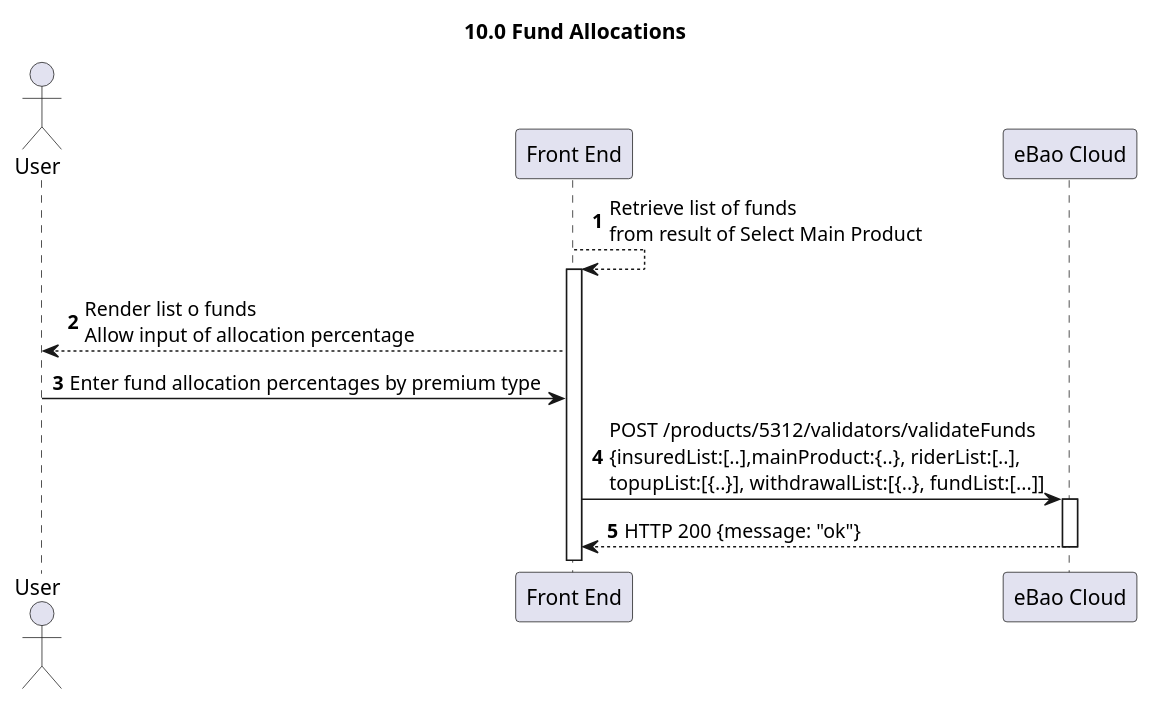
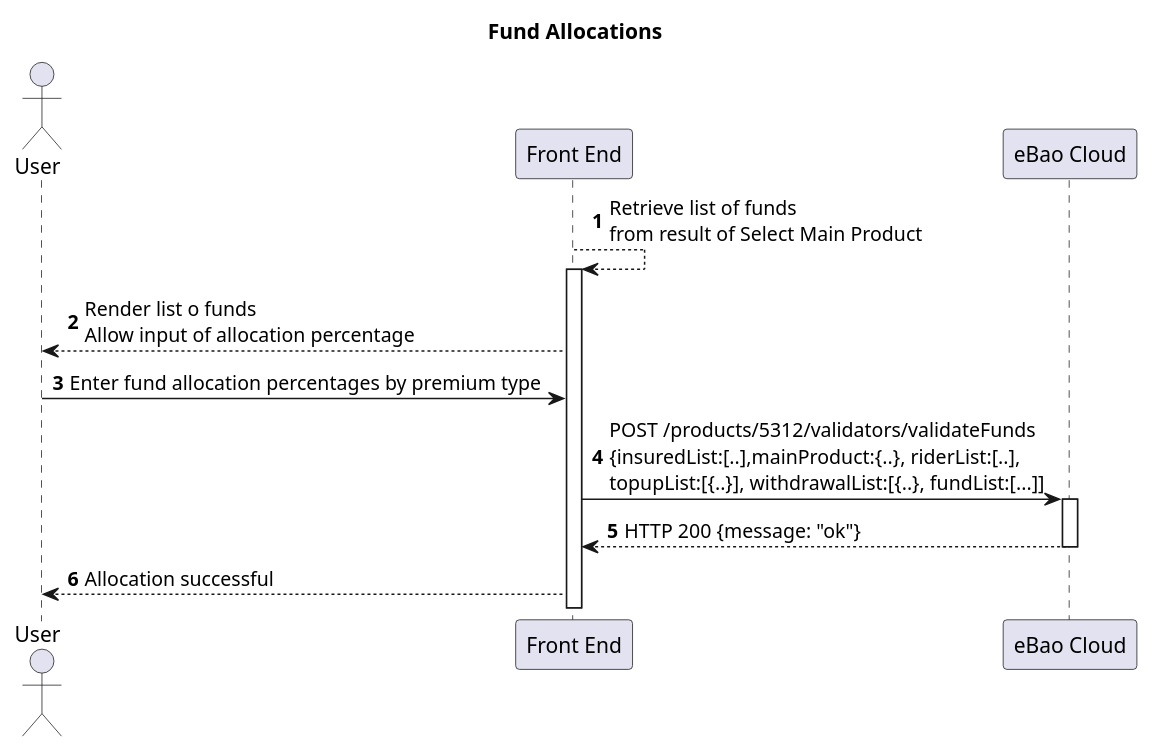
One commit to yitchoong/cloudapi changed diagram 12 of 12 in markdown/products-2.md. Above: the diagram before and after it, drawn with PlantUML. The commit also changed other lines of this file and 5 other files, not shown here.

````diff
--- a/markdown/products-2.md
+++ b/markdown/products-2.md
@@ -517,17 +489,18 @@
 ```puml
-title **10.0 Fund Allocations**
+title Fund Allocations
 actor "User" as user
 participant "Front End" as front
 participant "eBao Cloud" as ebao
 autonumber
 
 front --> front : Retrieve list of funds \nfrom result of Select Main Product
 activate front
 front --> user : Render list o funds \nAllow input of allocation percentage
 user -> front : Enter fund allocation percentages by premium type
 front -> ebao: POST /products/5312/validators/validateFunds \n{insuredList:[..],mainProduct:{..}, riderList:[..],\ntopupList:[{..}], withdrawalList:[{..}, fundList:[...]]
 activate ebao
 ebao --> front : HTTP 200 {message: "ok"}
 deactivate ebao
+front --> user: Allocation successful
 
 ```
````
